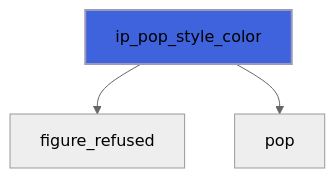
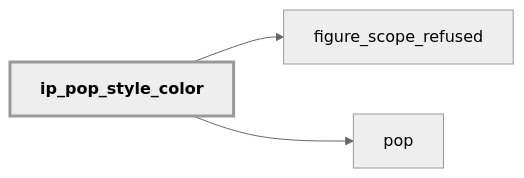
One commit to szaghi/figure changed diagram 16 of 44 in docs/api/src/lib/figure_style.md. Above: the diagram before and after it, drawn with Mermaid (neutral theme). The commit also changed other lines of this file and 54 other files, not shown here.

````diff
--- a/docs/api/src/lib/figure_style.md
+++ b/docs/api/src/lib/figure_style.md
@@ -561,6 +659,9 @@
 ```mermaid
-flowchart TD
-  ip_pop_style_color["ip_pop_style_color"] --> figure_refused["figure_refused"]
+flowchart LR
+  ip_pop_style_color["ip_pop_style_color"] --> figure_scope_refused["figure_scope_refused"]
   ip_pop_style_color["ip_pop_style_color"] --> pop["pop"]
-  style ip_pop_style_color fill:#3e63dd,stroke:#99b,stroke-width:2px
+  classDef focus stroke-width:3px,font-weight:bold
+  class ip_pop_style_color focus
+  click figure_scope_refused href "figure_base.html#figure-scope-refused" "figure_scope_refused"
+  click pop href "#pop" "pop"
 ```
````
